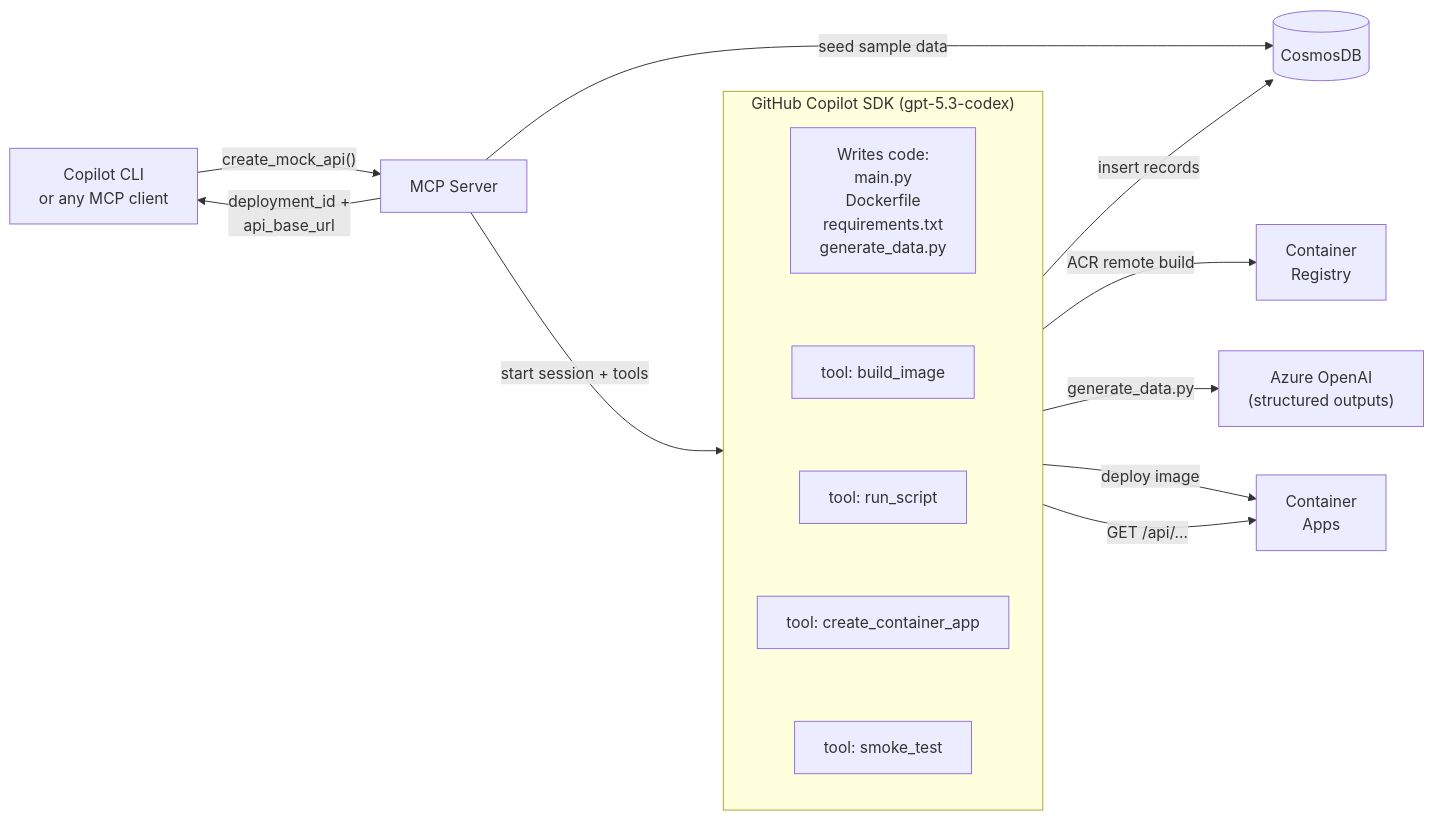
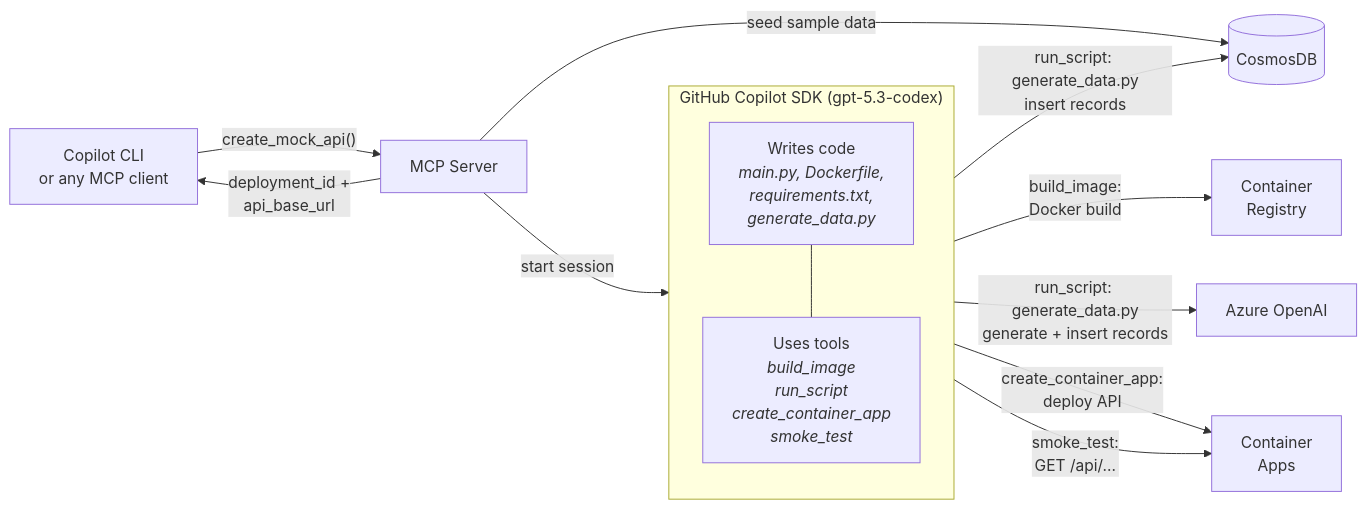
The diagram in docs/README.md (tkubica12/agentic-component-factory), drawn with Mermaid before and after one commit. The commit also changed other lines of this file and 2 other files, not shown here.

Commit message:
Use GHCR image for MCP server by default
- Change Terraform default to ghcr.io/tkubica12/mcp-api-mock-gen:latest
- Remove ACR registry block from MCP server Container App (GHCR is public)
- Fix Mermaid diagram in README

````diff
--- a/docs/README.md
+++ b/docs/README.md
@@ -27,32 +27,28 @@
 ```mermaid
 flowchart LR
     Agent["Copilot CLI<br>or any MCP client"]
     MCP["MCP Server"]
     Cosmos[("CosmosDB")]
+    ACR["Container<br>Registry"]
+    AOAI["Azure OpenAI"]
+    ACA["Container<br>Apps"]
 
     subgraph SDK ["GitHub Copilot SDK (gpt-5.3-codex)"]
         direction TB
-        Code["Writes code:<br>main.py<br>Dockerfile<br>requirements.txt<br>generate_data.py"]
-        T1["tool: build_image"]
-        T2["tool: run_script"]
-        T3["tool: create_container_app"]
-        T4["tool: smoke_test"]
-        Code ~~~ T1 ~~~ T2 ~~~ T3 ~~~ T4
+        Writes["Writes code<br><i>main.py, Dockerfile,<br>requirements.txt,<br>generate_data.py</i>"]
+        Tools["Uses tools<br><i>build_image<br>run_script<br>create_container_app<br>smoke_test</i>"]
+        Writes --- Tools
     end
-
-    ACR["Container<br>Registry"]
-    AOAI["Azure OpenAI<br>(structured outputs)"]
-    ACA["Container<br>Apps"]
 
     Agent -- "create_mock_api()" --> MCP
     MCP -- "seed sample data" --> Cosmos
-    MCP -- "start session + tools" --> SDK
+    MCP -- "start session" --> SDK
 
-    T1 -- "ACR remote build" --> ACR
-    T2 -- "generate_data.py" --> AOAI
-    T2 -- "insert records" --> Cosmos
-    T3 -- "deploy image" --> ACA
-    T4 -- "GET /api/..." --> ACA
+    Tools -- "build_image:<br>Docker build" --> ACR
+    Tools -- "run_script: generate_data.py<br>generate + insert records" --> AOAI
+    Tools -- "run_script: generate_data.py<br>insert records" --> Cosmos
+    Tools -- "create_container_app:<br>deploy API" --> ACA
+    Tools -- "smoke_test:<br>GET /api/..." --> ACA
 
     MCP -- "deployment_id +<br>api_base_url" --> Agent
 ```
````
